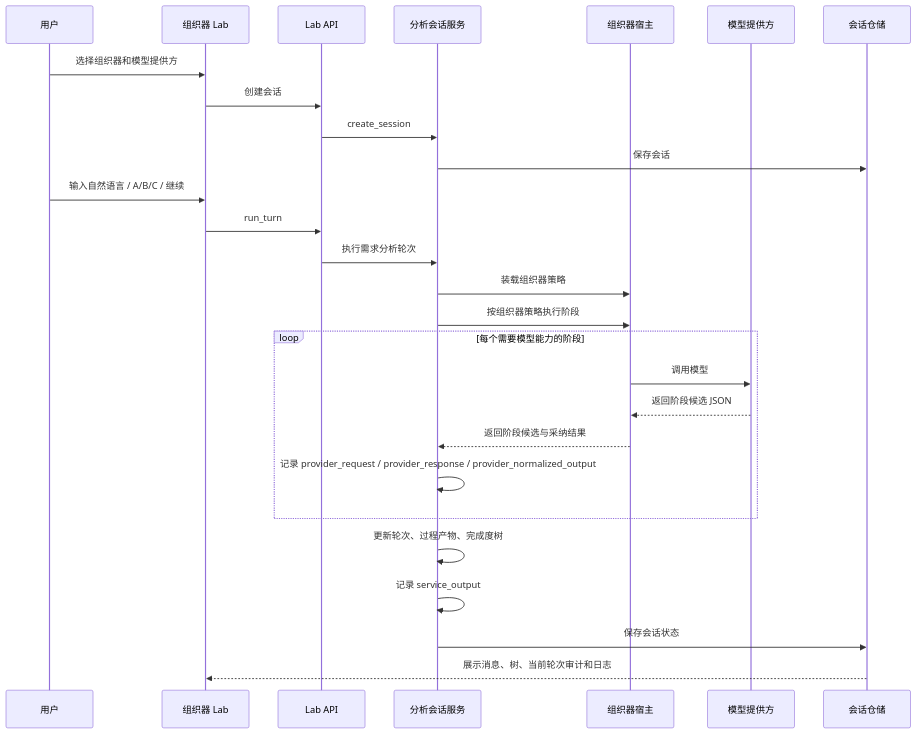
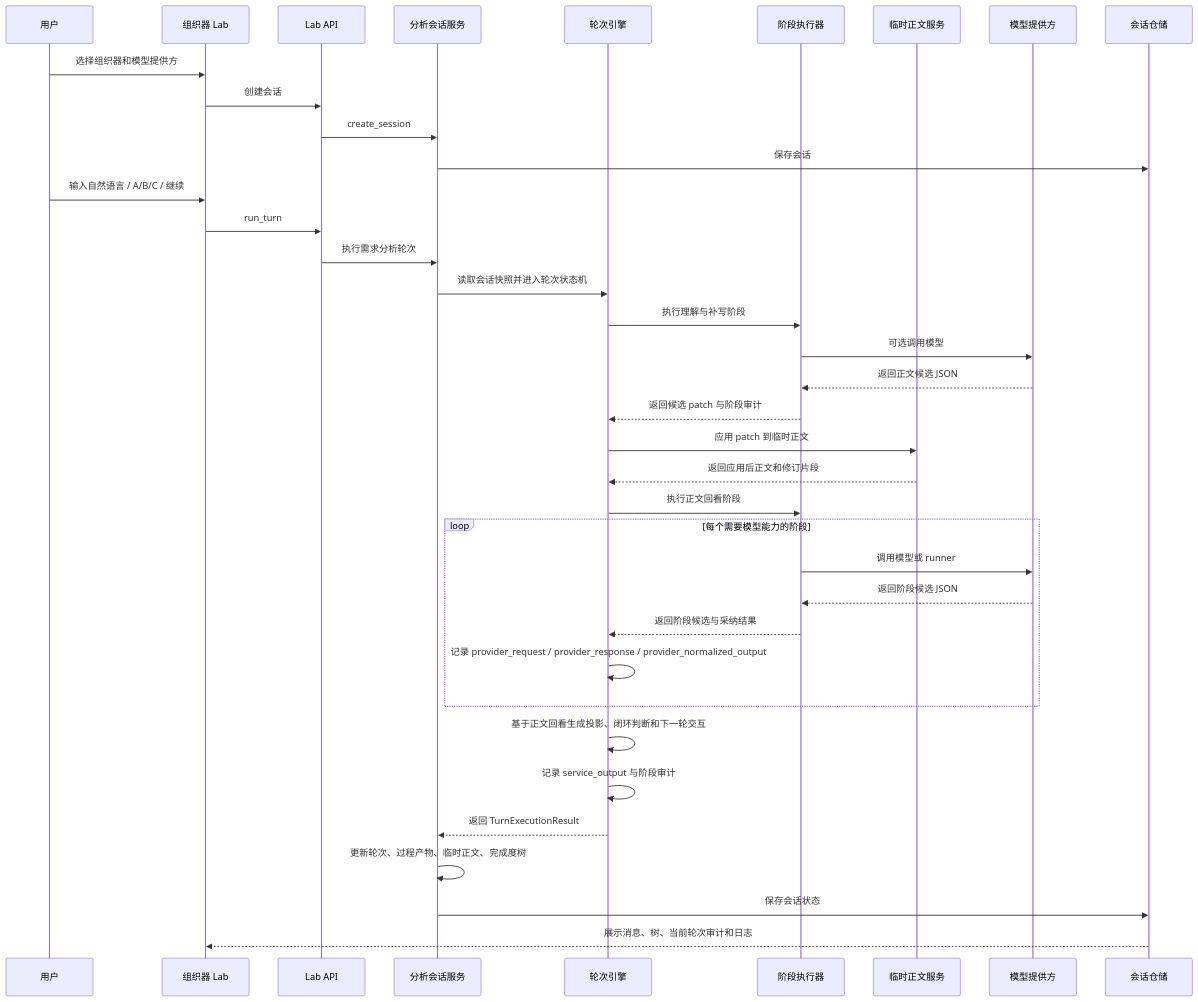
One commit to wgwtest/CodeFactoryV2 changed diagram 35 of 35 in DOC/CODEX_DOC/02_设计说明/P2_需求分析系统/P2-需求分析系统设计.md. Above: the diagram before and after it, drawn with Mermaid. The commit also changed other lines of this file and 17 other files, not shown here.

````diff
--- a/DOC/CODEX_DOC/02_设计说明/P2_需求分析系统/P2-需求分析系统设计.md
+++ b/DOC/CODEX_DOC/02_设计说明/P2_需求分析系统/P2-需求分析系统设计.md
@@ -5224,30 +5550,40 @@
 ```mermaid
 sequenceDiagram
   participant User as 用户
   participant Lab as 组织器 Lab
   participant API as Lab API
   participant Session as 分析会话服务
-  participant Host as 组织器宿主
+  participant Turn as 轮次引擎
+  participant Stage as 阶段执行器
+  participant Doc as 临时正文服务
   participant Provider as 模型提供方
   participant Store as 会话仓储
 
   User->>Lab: 选择组织器和模型提供方
   Lab->>API: 创建会话
   API->>Session: create_session
   Session->>Store: 保存会话
   User->>Lab: 输入自然语言 / A/B/C / 继续
   Lab->>API: run_turn
   API->>Session: 执行需求分析轮次
-  Session->>Host: 装载组织器策略
-  Session->>Host: 按组织器策略执行阶段
+  Session->>Turn: 读取会话快照并进入轮次状态机
+  Turn->>Stage: 执行理解与补写阶段
+  Stage->>Provider: 可选调用模型
+  Provider-->>Stage: 返回正文候选 JSON
+  Stage-->>Turn: 返回候选 patch 与阶段审计
+  Turn->>Doc: 应用 patch 到临时正文
+  Doc-->>Turn: 返回应用后正文和修订片段
+  Turn->>Stage: 执行正文回看阶段
   loop 每个需要模型能力的阶段
-    Host->>Provider: 调用模型
-    Provider-->>Host: 返回阶段候选 JSON
-    Host-->>Session: 返回阶段候选与采纳结果
-    Session->>Session: 记录 provider_request / provider_response / provider_normalized_output
+    Stage->>Provider: 调用模型或 runner
+    Provider-->>Stage: 返回阶段候选 JSON
+    Stage-->>Turn: 返回阶段候选与采纳结果
+    Turn->>Turn: 记录 provider_request / provider_response / provider_normalized_output
   end
-  Session->>Session: 更新轮次、过程产物、完成度树
-  Session->>Session: 记录 service_output
+  Turn->>Turn: 基于正文回看生成投影、闭环判断和下一轮交互
+  Turn->>Turn: 记录 service_output 与阶段审计
+  Turn-->>Session: 返回 TurnExecutionResult
+  Session->>Session: 更新轮次、过程产物、临时正文、完成度树
   Session->>Store: 保存会话状态
   Store-->>Lab: 展示消息、树、当前轮次审计和日志
 ```
````
